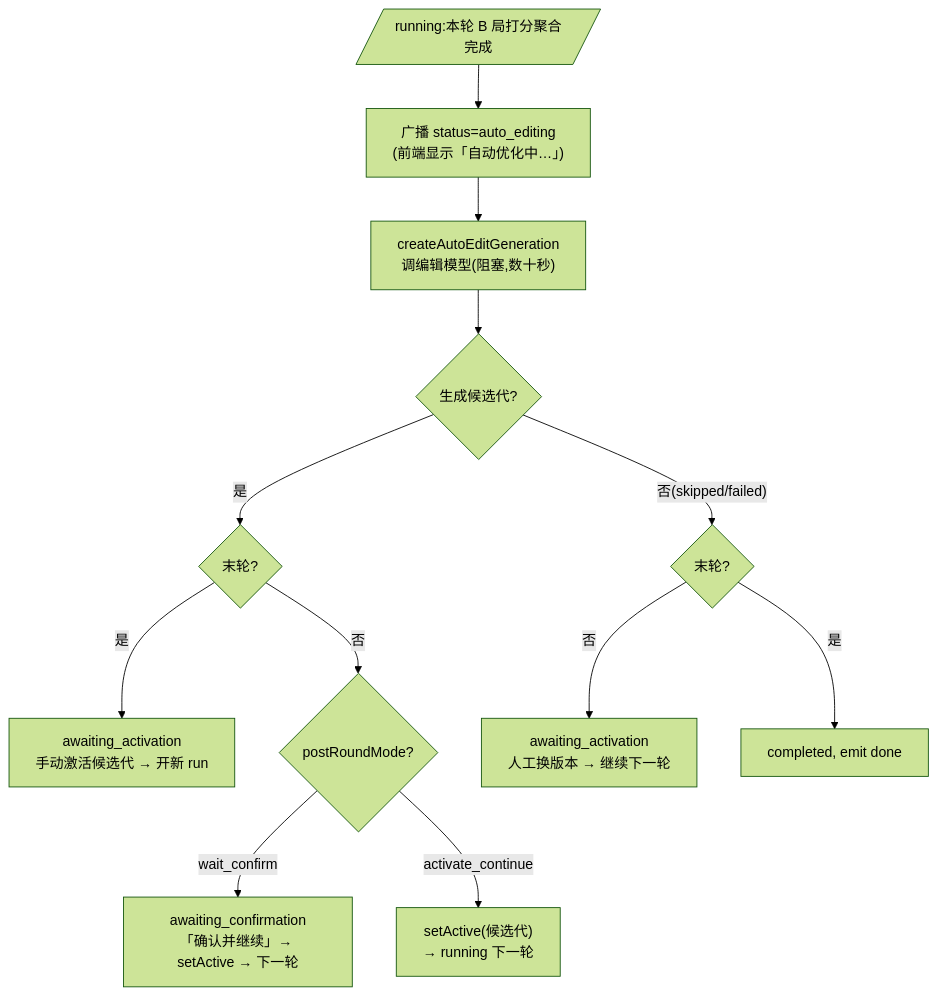
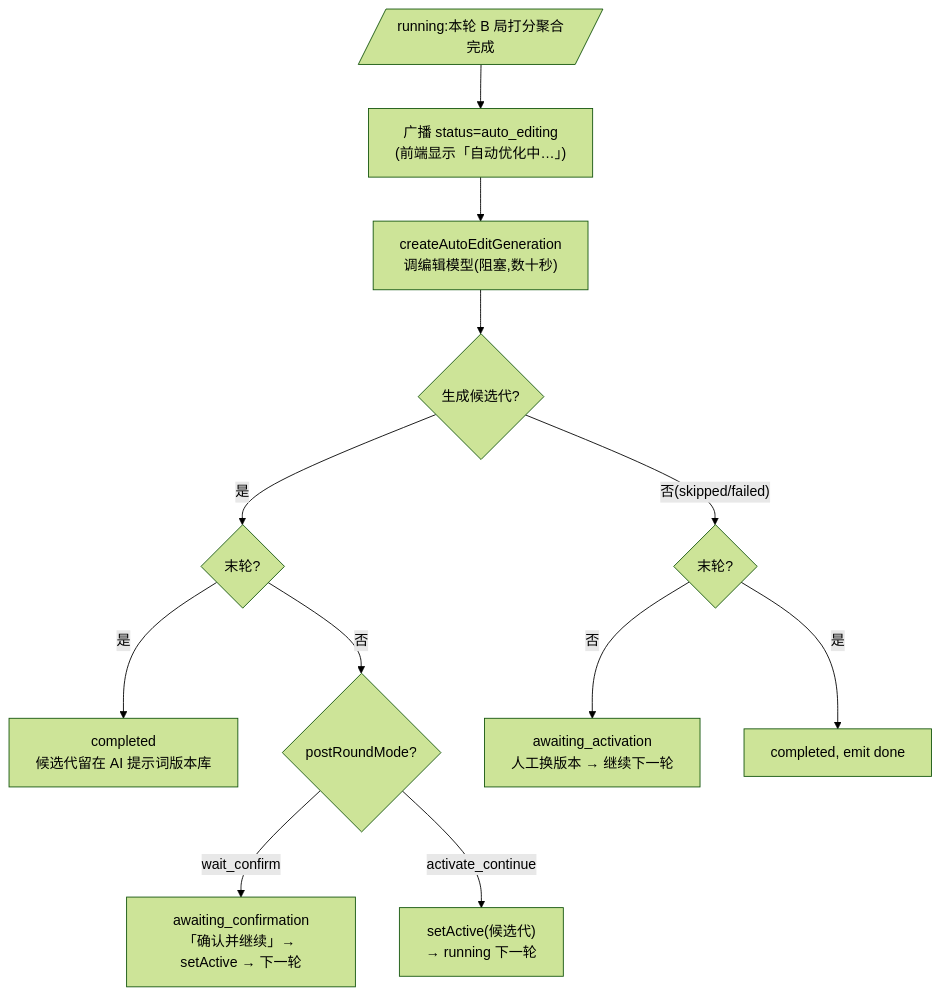
Before and after one commit to zhoutaoz99/who-is-the-ai: the fifth of 7 diagrams in docs/ai-iteration/AI-Prompt-Eval-Flow.md, drawn with Mermaid (forest theme). The commit also changed other lines of this file and 16 other files, not shown here.

````diff
--- a/docs/ai-iteration/AI-Prompt-Eval-Flow.md
+++ b/docs/ai-iteration/AI-Prompt-Eval-Flow.md
@@ -190,14 +209,14 @@
 ```mermaid
 flowchart TD
   RUN[/"running:本轮 B 局打分聚合完成"/] --> AE["广播 status=auto_editing<br/>(前端显示「自动优化中…」)"]
   AE --> CALL["createAutoEditGeneration<br/>调编辑模型(阻塞,数十秒)"]
   CALL --> GOT{"生成候选代?"}
   GOT -- "否(skipped/failed)" --> NOCAND{"末轮?"}
   GOT -- 是 --> LAST{"末轮?"}
-  LAST -- 是 --> WAITLAST["awaiting_activation<br/>手动激活候选代 → 开新 run"]
+  LAST -- 是 --> DONECAND["completed<br/>候选代留在 AI 提示词版本库"]
   LAST -- 否 --> MODE{"postRoundMode?"}
   MODE -- wait_confirm --> CONFIRM["awaiting_confirmation<br/>「确认并继续」→ setActive → 下一轮"]
   MODE -- activate_continue --> AUTO["setActive(候选代)<br/>→ running 下一轮"]
   NOCAND -- 否 --> WAIT["awaiting_activation<br/>人工换版本 → 继续下一轮"]
   NOCAND -- 是 --> DONE["completed, emit done"]
 ```
````
